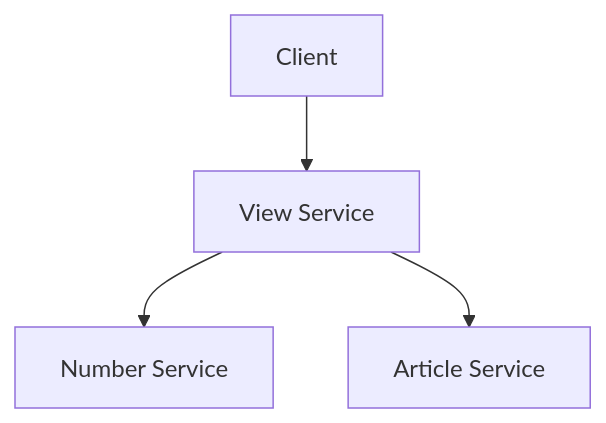
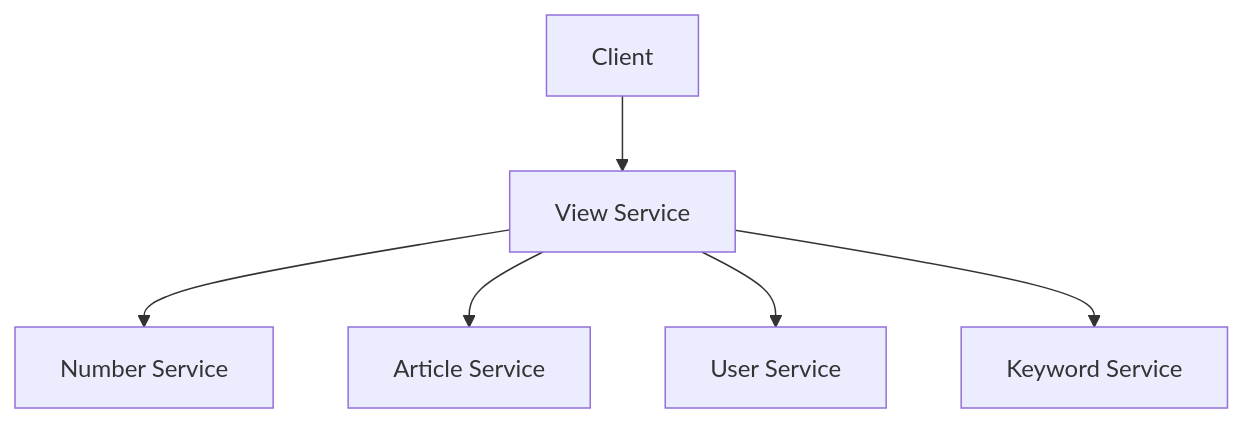
The diagram in README.md (leonsteinhaeuser/example-app), drawn with Mermaid before and after one commit.

Commit message:
docs(README): added keyword service to graph

````diff
--- a/README.md
+++ b/README.md
@@ -5,6 +5,8 @@
 ```mermaid
 graph TD
   A[Client] --> B[View Service]
   B --> C[Number Service]
   B --> D[Article Service]
+  B --> E[User Service]
+  B --> F[Keyword Service]
 ```
````
